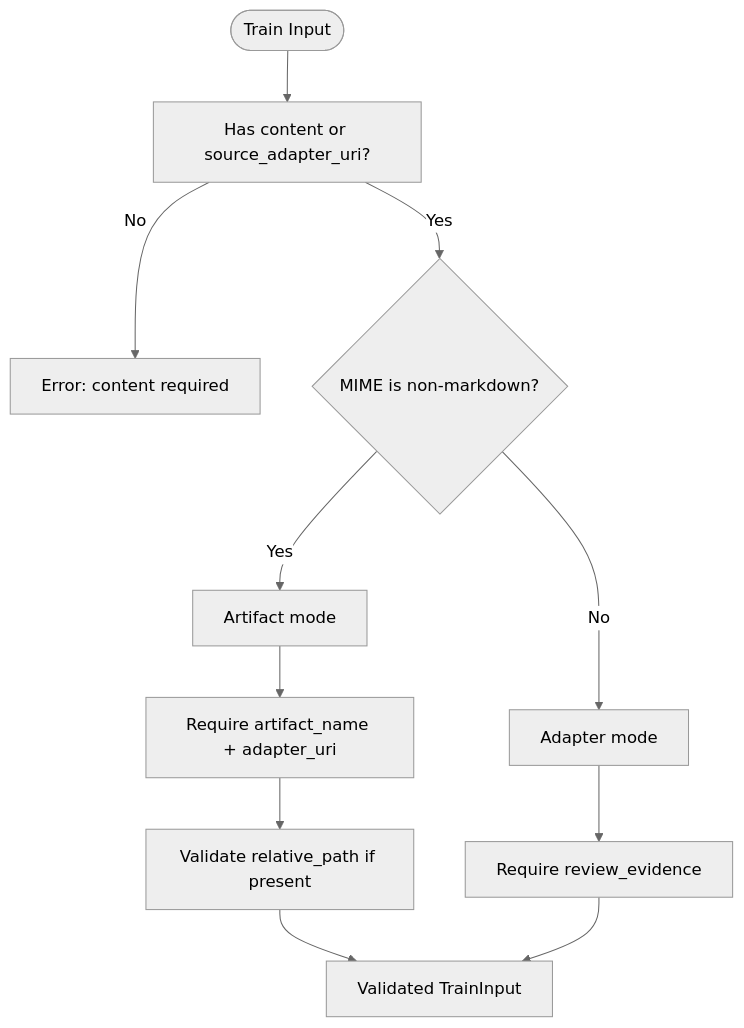
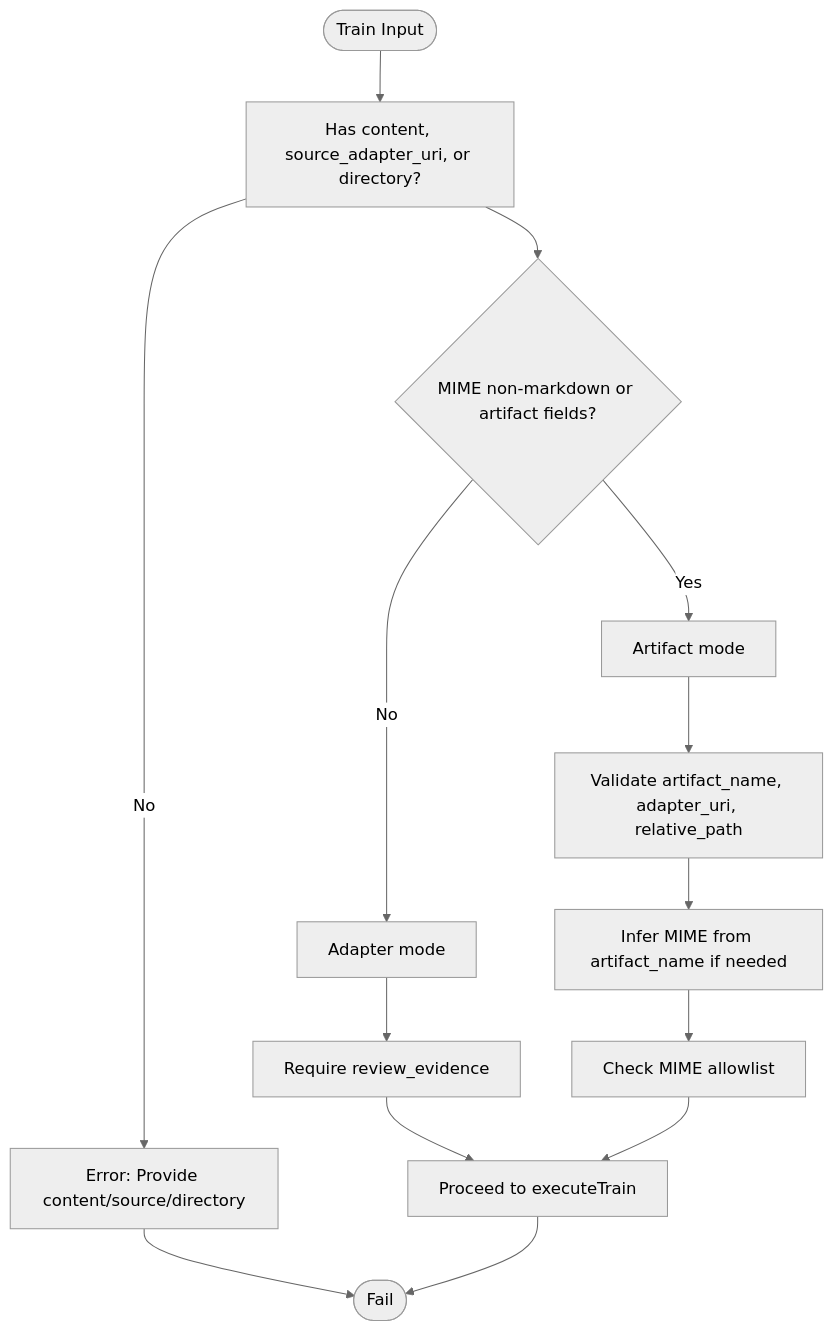
Before and after one commit to SquadRules/mcp: the third of 12 diagrams in .qoder/repowiki/en/content/MCP Tools Reference/Train Tool.md, drawn with Mermaid (neutral theme). The commit also changed other lines of this file and 553 other files, not shown here.

````diff
--- a/.qoder/repowiki/en/content/MCP Tools Reference/Train Tool.md
+++ b/.qoder/repowiki/en/content/MCP Tools Reference/Train Tool.md
@@ -190,13 +152,16 @@
 ```mermaid
 flowchart TD
-Start(["Train Input"]) --> CheckContent["Has content or source_adapter_uri?"]
-CheckContent --> |No| ErrorMissing["Error: content required"]
-CheckContent --> |Yes| Mode{"MIME is non-markdown?"}
-Mode --> |Yes| ArtifactMode["Artifact mode"]
-ArtifactMode --> RequireFields["Require artifact_name + adapter_uri"]
-RequireFields --> ValidatePath["Validate relative_path if present"]
-ValidatePath --> DoneInput["Validated TrainInput"]
-Mode --> |No| AdapterMode["Adapter mode"]
+Start(["Train Input"]) --> CheckContent["Has content, source_adapter_uri, or directory?"]
+CheckContent --> |No| ErrorMissing["Error: Provide content/source/directory"]
+CheckContent --> ModeCheck{"MIME non-markdown or artifact fields?"}
+ModeCheck --> |Yes| ArtifactMode["Artifact mode"]
+ModeCheck --> |No| AdapterMode["Adapter mode"]
+ArtifactMode --> ValidateArtifact["Validate artifact_name, adapter_uri, relative_path"]
 AdapterMode --> ReviewEvidence["Require review_evidence"]
-ReviewEvidence --> DoneInput
+ValidateArtifact --> InferMime["Infer MIME from artifact_name if needed"]
+InferMime --> AllowedMime["Check MIME allowlist"]
+ReviewEvidence --> Proceed["Proceed to executeTrain"]
+AllowedMime --> Proceed
+ErrorMissing --> End(["Fail"])
+Proceed --> End
 ```
````
